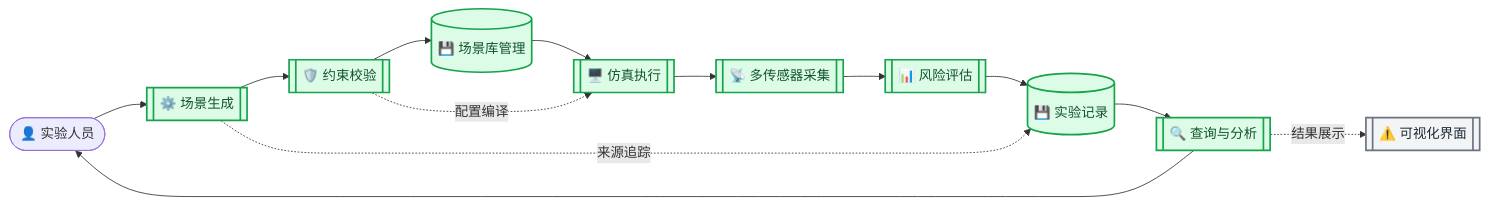
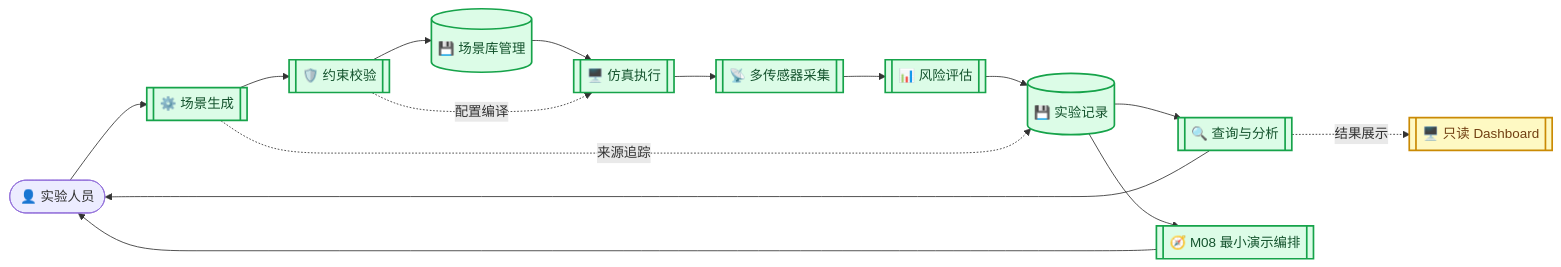
Before and after one commit to zzr005119/carla-extreme-scenario-generator: the first of 2 diagrams in docs/software_copyright_module_mapping_v1.md, drawn with Mermaid. The commit also changed other lines of this file and 4 other files, not shown here.

````diff
--- a/docs/software_copyright_module_mapping_v1.md
+++ b/docs/software_copyright_module_mapping_v1.md
@@ -29,25 +29,27 @@
 ```mermaid
 flowchart LR
     accTitle: Soft Copyright System Architecture
-    accDescr: The diagram maps scenario generation, validation, library management, CARLA execution, risk evaluation, experiment orchestration, and the planned visualization interface.
+    accDescr: The diagram maps scenario generation, validation, library management, CARLA execution, risk evaluation, experiment orchestration, the read-only Dashboard, and the stage-five demo orchestrator.
 
     operator([👤 实验人员]) --> generation[[⚙️ 场景生成]]
     generation --> validation[[🛡️ 约束校验]]
     validation --> library[(💾 场景库管理)]
     library --> runner[[🖥️ 仿真执行]]
     runner --> sensors[[📡 多传感器采集]]
     sensors --> risk[[📊 风险评估]]
     risk --> experiment[(💾 实验记录)]
     experiment --> query[[🔍 查询与分析]]
     query --> operator
-    query -. 结果展示 .-> visualization[[⚠️ 可视化界面]]
+    query -. 结果展示 .-> visualization[[🖥️ 只读 Dashboard]]
+    experiment --> demo[[🧭 M08 最小演示编排]]
+    demo --> operator
     validation -. 配置编译 .-> runner
     generation -. 来源追踪 .-> experiment
 
     classDef implemented fill:#dcfce7,stroke:#16a34a,stroke-width:2px,color:#14532d
     classDef prototype fill:#fef9c3,stroke:#ca8a04,stroke-width:2px,color:#713f12
     classDef planned fill:#f3f4f6,stroke:#6b7280,stroke-width:2px,color:#1f2937
 
-    class generation,validation,library,runner,sensors,risk,experiment,query implemented
-    class visualization planned
+    class generation,validation,library,runner,sensors,risk,experiment,query,demo implemented
+    class visualization prototype
 ```
````
